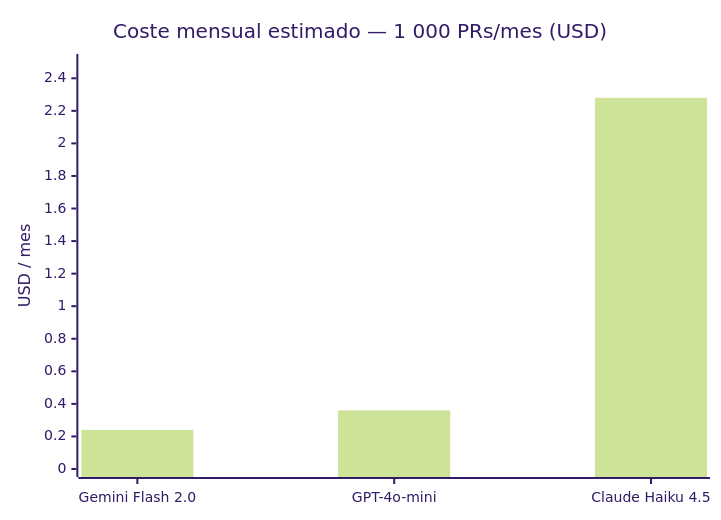
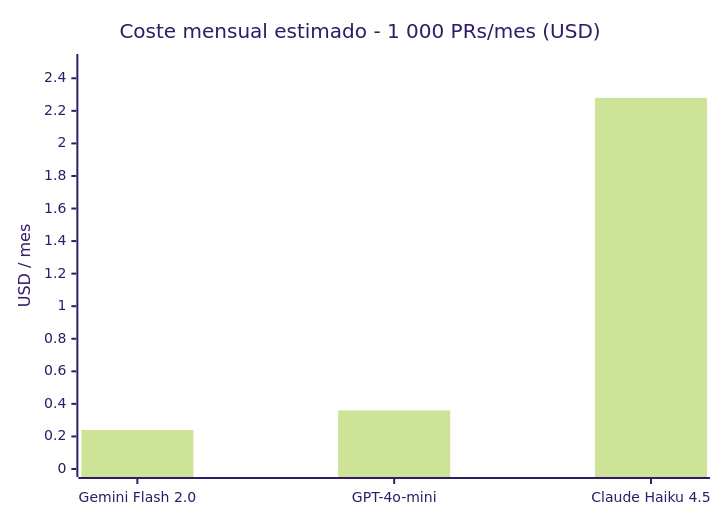
Before and after one commit to actions-marketplace-validations/oscaar90_OpsGuard-AI: the first of 2 diagrams in docs/adr/0003-telemetria-y-finops.md, drawn with Mermaid (forest theme). The commit also changed other lines of this file and 15 other files, not shown here.

````diff
--- a/docs/adr/0003-telemetria-y-finops.md
+++ b/docs/adr/0003-telemetria-y-finops.md
@@ -155,7 +155,7 @@
 ```mermaid
 xychart-beta
-    title "Coste mensual estimado — 1 000 PRs/mes (USD)"
+    title "Coste mensual estimado - 1 000 PRs/mes (USD)"
     x-axis ["Gemini Flash 2.0", "GPT-4o-mini", "Claude Haiku 4.5"]
     y-axis "USD / mes" 0 --> 2.5
     bar [0.24, 0.36, 2.28]
 ```
````
